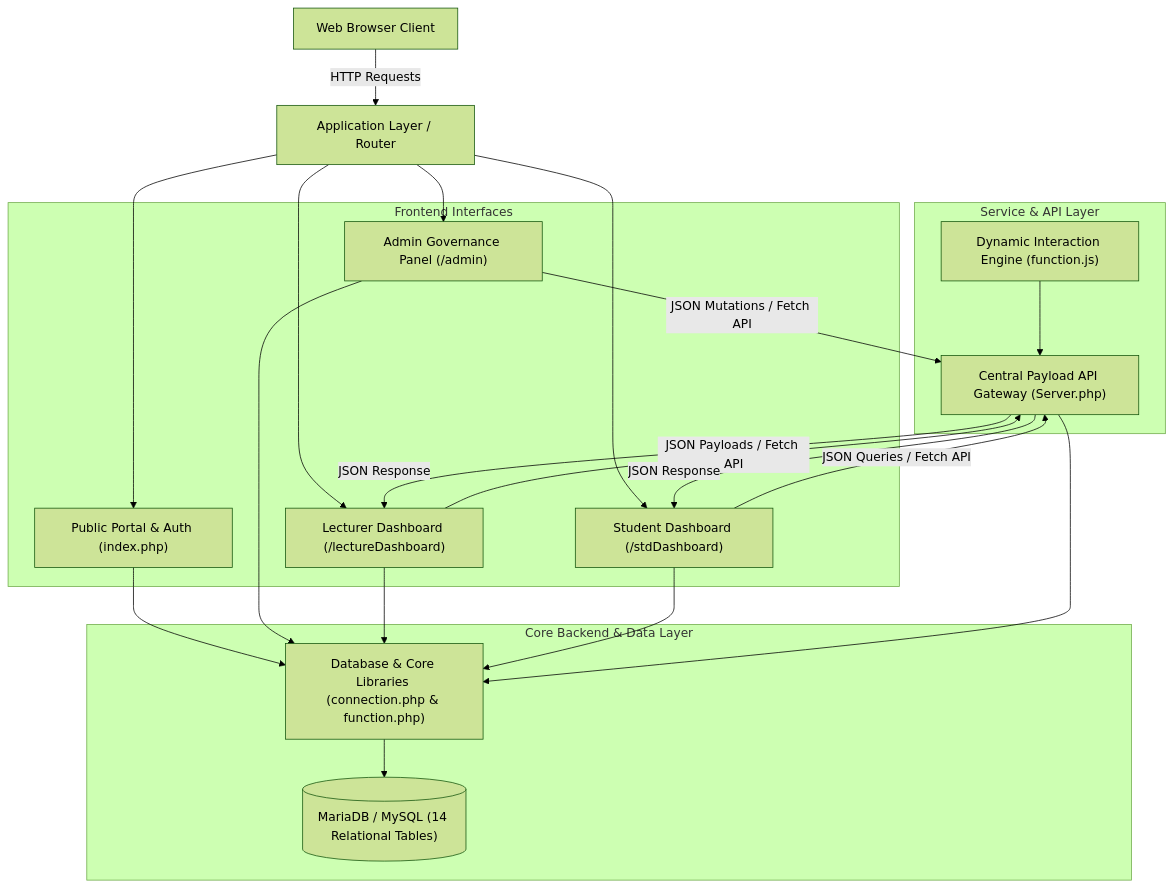
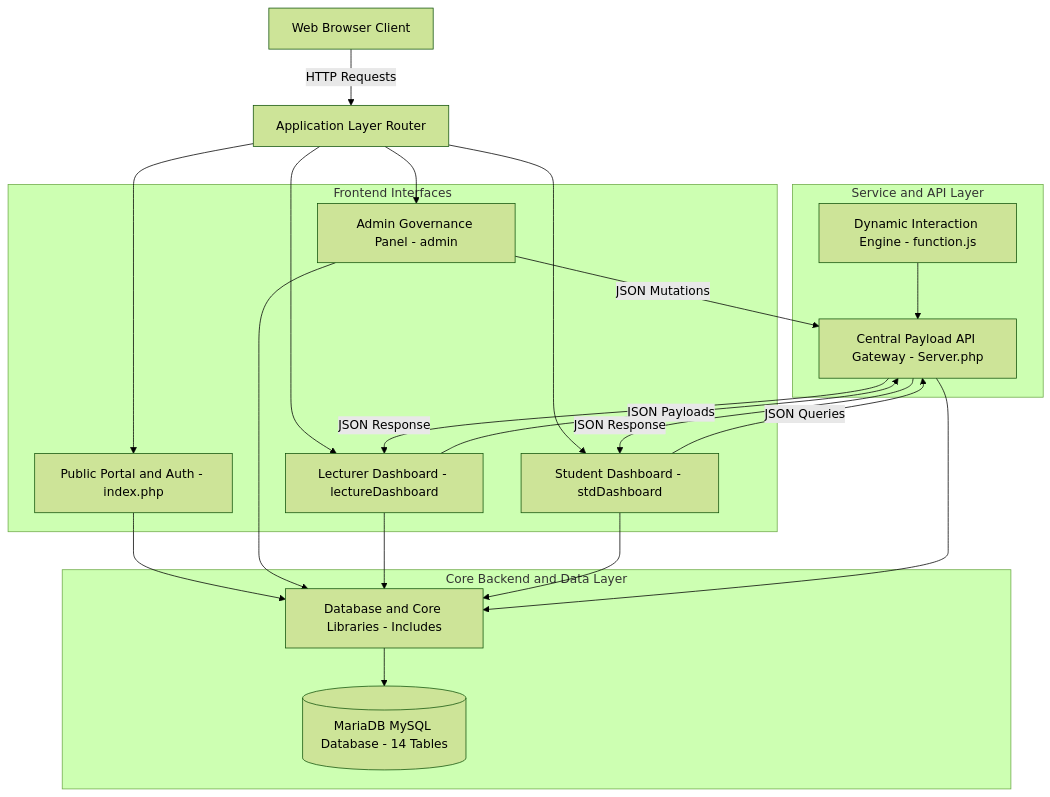
The first of 2 diagrams in README.md (FahadhCodes/leoInternationalUniversitySystem), drawn with Mermaid (forest theme) before and after one commit. The commit also changed other lines of this file, not shown here.

Commit message:
fix(docs): eliminate SVG render tree measurement errors in Mermaid diagrams

````diff
--- a/README.md
+++ b/README.md
@@ -71,40 +71,40 @@
 ```mermaid
 flowchart TD
-    Client["Web Browser Client"] -->|HTTP Requests| Router["Application Layer / Router"]
+    Client["Web Browser Client"] -->|HTTP Requests| Router["Application Layer Router"]
 
-    subgraph Frontend ["Frontend Interfaces"]
-        Portal["Public Portal & Auth (index.php)"]
-        AdminPanel["Admin Governance Panel (/admin)"]
-        LecDashboard["Lecturer Dashboard (/lectureDashboard)"]
-        StdDashboard["Student Dashboard (/stdDashboard)"]
+    subgraph Frontend["Frontend Interfaces"]
+        Portal["Public Portal and Auth - index.php"]
+        AdminPanel["Admin Governance Panel - admin"]
+        LecDashboard["Lecturer Dashboard - lectureDashboard"]
+        StdDashboard["Student Dashboard - stdDashboard"]
     end
 
     Router --> Portal
     Router --> AdminPanel
     Router --> LecDashboard
     Router --> StdDashboard
 
-    subgraph ServiceAPI ["Service & API Layer"]
-        ServerAPI["Central Payload API Gateway (Server.php)"]
-        ClientJS["Dynamic Interaction Engine (function.js)"]
+    subgraph ServiceAPI["Service and API Layer"]
+        ServerAPI["Central Payload API Gateway - Server.php"]
+        ClientJS["Dynamic Interaction Engine - function.js"]
     end
 
-    LecDashboard -->|JSON Payloads / Fetch API| ServerAPI
+    LecDashboard -->|JSON Payloads| ServerAPI
     ServerAPI -->|JSON Response| LecDashboard
-    StdDashboard -->|JSON Queries / Fetch API| ServerAPI
+    StdDashboard -->|JSON Queries| ServerAPI
     ServerAPI -->|JSON Response| StdDashboard
-    AdminPanel -->|JSON Mutations / Fetch API| ServerAPI
+    AdminPanel -->|JSON Mutations| ServerAPI
     ClientJS --> ServerAPI
 
-    subgraph BackendData ["Core Backend & Data Layer"]
-        DBHelper["Database & Core Libraries (connection.php & function.php)"]
-        MySQL[("MariaDB / MySQL (14 Relational Tables)")]
+    subgraph BackendData["Core Backend and Data Layer"]
+        DBHelper["Database and Core Libraries - Includes"]
+        MySQL[("MariaDB MySQL Database - 14 Tables")]
     end
 
     Portal --> DBHelper
     AdminPanel --> DBHelper
     LecDashboard --> DBHelper
     StdDashboard --> DBHelper
     ServerAPI --> DBHelper
     DBHelper --> MySQL
 ```
````
